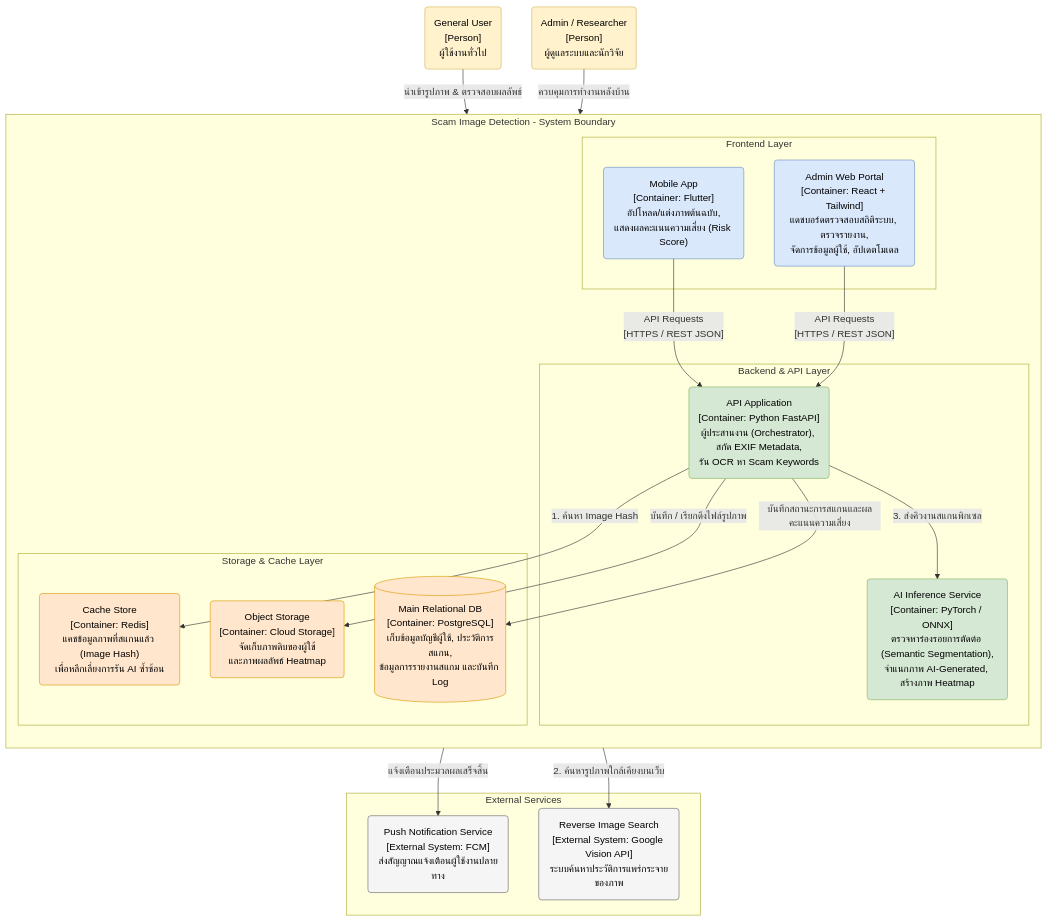
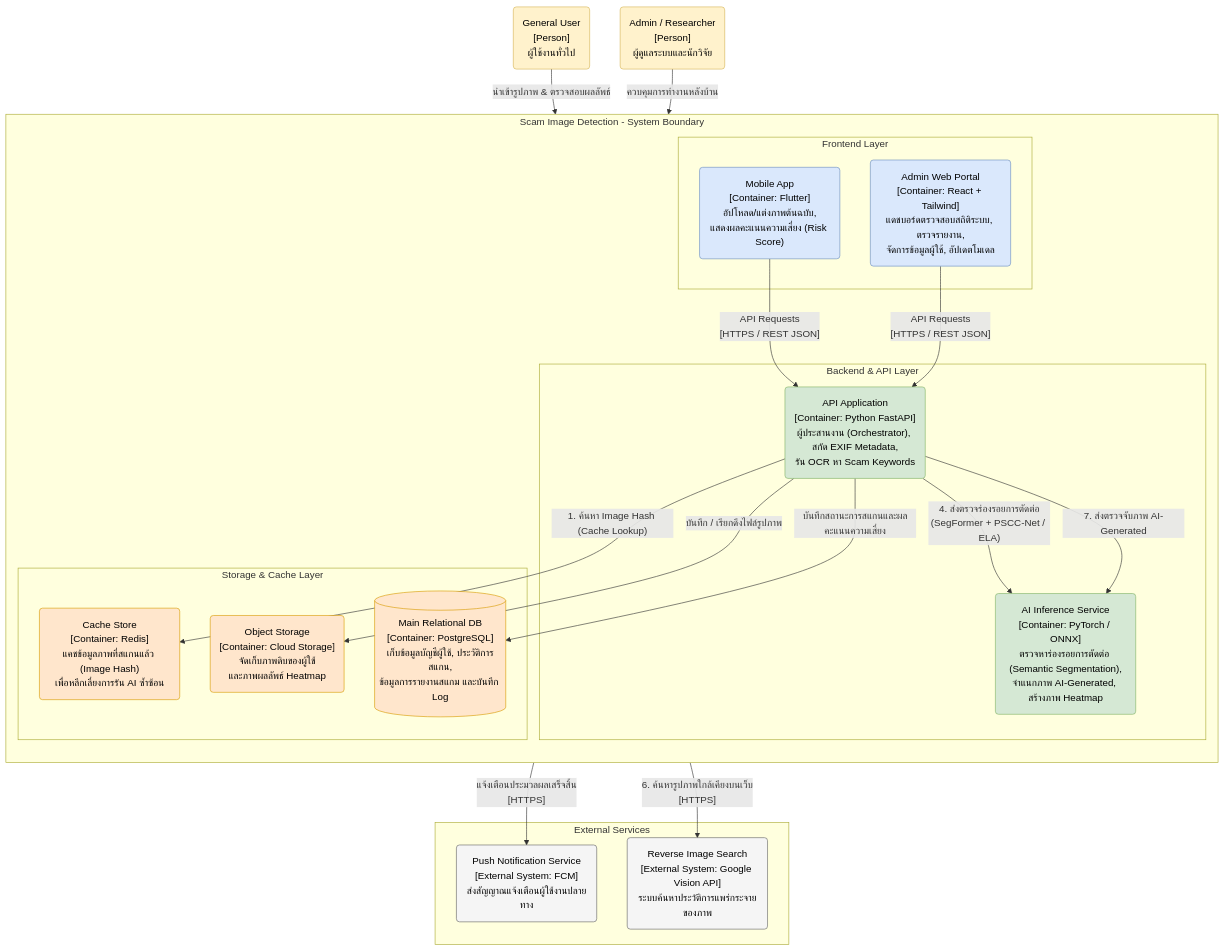
The second of 3 diagrams in design/architecture.md (Panuwat-ta/project), drawn with Mermaid before and after one commit. The commit also changed other lines of this file and 17 other files, not shown here.

````diff
--- a/design/architecture.md
+++ b/design/architecture.md
@@ -80,62 +83,63 @@
 ```mermaid
 flowchart TB
     %% การตั้งค่า Class สีต่างๆ
     classDef userFill fill:#fff2cc,stroke:#d6b656,color:black
     classDef clientFill fill:#dae8fc,stroke:#6c8ebf,color:black
     classDef backendFill fill:#d5e8d4,stroke:#82b366,color:black
     classDef storageFill fill:#ffe6cc,stroke:#d79b00,color:black
     classDef extFill fill:#f5f5f5,stroke:#666666,color:black
 
     %% Actors Boundary
     User("General User<br>[Person]<br>ผู้ใช้งานทั่วไป")
     Admin("Admin / Researcher<br>[Person]<br>ผู้ดูแลระบบและนักวิจัย")
 
     %% System Boundary
     subgraph ScamSystem [Scam Image Detection - System Boundary]
         direction TB
 
         subgraph Frontends [Frontend Layer]
             MobileApp("Mobile App<br>[Container: Flutter]<br>อัปโหลด/แต่งภาพต้นฉบับ,<br>แสดงผลคะแนนความเสี่ยง (Risk Score)")
             AdminPortal("Admin Web Portal<br>[Container: React + Tailwind]<br>แดชบอร์ดตรวจสอบสถิติระบบ, ตรวจรายงาน,<br>จัดการข้อมูลผู้ใช้, อัปเดตโมเดล")
         end
 
         subgraph Backends [Backend & API Layer]
             APIGateway("API Application<br>[Container: Python FastAPI]<br>ผู้ประสานงาน (Orchestrator), สกัด EXIF Metadata,<br>รัน OCR หา Scam Keywords")
             AIInference("AI Inference Service<br>[Container: PyTorch / ONNX]<br>ตรวจหาร่องรอยการตัดต่อ (Semantic Segmentation),<br>จำแนกภาพ AI-Generated, สร้างภาพ Heatmap")
         end
 
         subgraph Storages [Storage & Cache Layer]
             Cache("Cache Store<br>[Container: Redis]<br>แคชข้อมูลภาพที่สแกนแล้ว (Image Hash)<br>เพื่อหลีกเลี่ยงการรัน AI ซ้ำซ้อน")
             ObjectStore("Object Storage<br>[Container: Cloud Storage]<br>จัดเก็บภาพดิบของผู้ใช้<br>และภาพผลลัพธ์ Heatmap")
             MainDB[("Main Relational DB<br>[Container: PostgreSQL]<br>เก็บข้อมูลบัญชีผู้ใช้, ประวัติการสแกน,<br>ข้อมูลการรายงานสแกม และบันทึก Log")]
         end
     end
 
     %% External Systems Boundary
     subgraph Externals [External Services]
         PushService("Push Notification Service<br>[External System: FCM]<br>ส่งสัญญาณแจ้งเตือนผู้ใช้งานปลายทาง")
         ReverseSearch("Reverse Image Search<br>[External System: Google Vision API]<br>ระบบค้นหาประวัติการแพร่กระจายของภาพ")
     end
 
     %% Relationships / Associations
     User -- "นำเข้ารูปภาพ & ตรวจสอบผลลัพธ์" --> MobileApp
     Admin -- "ควบคุมการทำงานหลังบ้าน" --> AdminPortal
 
     MobileApp -- "API Requests<br>[HTTPS / REST JSON]" --> APIGateway
     AdminPortal -- "API Requests<br>[HTTPS / REST JSON]" --> APIGateway
 
-    APIGateway -- "1. ค้นหา Image Hash" --> Cache
-    APIGateway -- "3. ส่งคิวงานสแกนพิกเซล" --> AIInference
+    APIGateway -- "1. ค้นหา Image Hash (Cache Lookup)" --> Cache
+    APIGateway -- "4. ส่งตรวจร่องรอยการตัดต่อ<br>(SegFormer + PSCC-Net / ELA)" --> AIInference
+    APIGateway -- "6. ค้นหารูปภาพใกล้เคียงบนเว็บ<br>[HTTPS]" --> ReverseSearch
+    APIGateway -- "7. ส่งตรวจจับภาพ AI-Generated" --> AIInference
     APIGateway -- "บันทึก / เรียกดึงไฟล์รูปภาพ" --> ObjectStore
     APIGateway -- "บันทึกสถานะการสแกนและผลคะแนนความเสี่ยง" --> MainDB
     
-    APIGateway -- "แจ้งเตือนประมวลผลเสร็จสิ้น" --> PushService
-    APIGateway -- "2. ค้นหารูปภาพใกล้เคียงบนเว็บ" --> ReverseSearch
+    APIGateway -- "แจ้งเตือนประมวลผลเสร็จสิ้น<br>[HTTPS]" --> PushService
 
     %% Apply Styles
     class User,Admin userFill
     class MobileApp,AdminPortal clientFill
     class APIGateway,AIInference backendFill
     class Cache,ObjectStore,MainDB storageFill
     class PushService,ReverseSearch extFill
 ```
````
